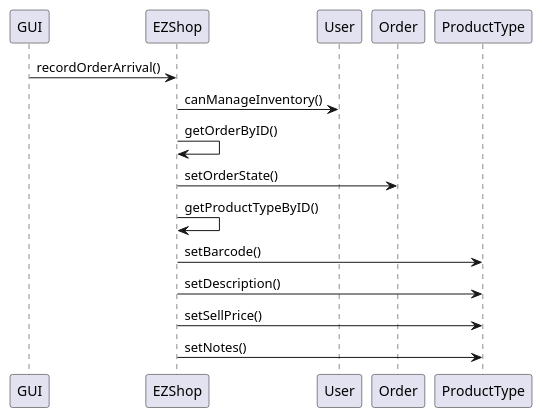
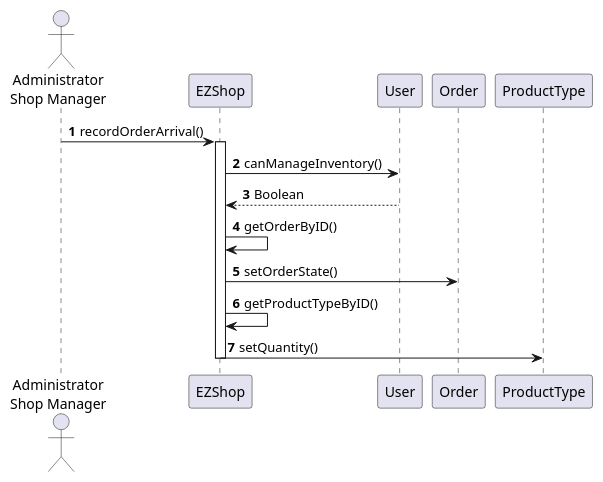
One commit to gioele-scaletta/EZShop-Software-Engineering-Project changed the tenth of 20 diagrams in Deliverables/DesignDocument.md. Above: the diagram before and after it, drawn with PlantUML. The commit also changed other lines of this file, not shown here.

Commit message:
Updated Diagrams For Scenarios UC1,2,3

````diff
--- a/Deliverables/DesignDocument.md
+++ b/Deliverables/DesignDocument.md
@@ -365,17 +374,14 @@
 ```plantuml
-participant GUI as 1
-participant EZShop as 2
-participant User as 3
-participant Order as 4
-participant ProductType as 5
+actor "Administrator\nShop Manager" as user
+autonumber
 
-1->2 : recordOrderArrival()
-2->3 : canManageInventory()
-2->2 : getOrderByID()
-2->4 : setOrderState()
-2->2 : getProductTypeByID()
-2->5 : setBarcode()
-2->5 : setDescription()
-2->5 : setSellPrice()
-2->5 : setNotes()
+user->EZShop : recordOrderArrival()
+activate EZShop
+EZShop->User : canManageInventory()
+User --> EZShop : Boolean
+EZShop->EZShop : getOrderByID()
+EZShop->Order : setOrderState()
+EZShop->EZShop : getProductTypeByID()
+EZShop->ProductType : setQuantity()
+deactivate EZShop
 ```
````
